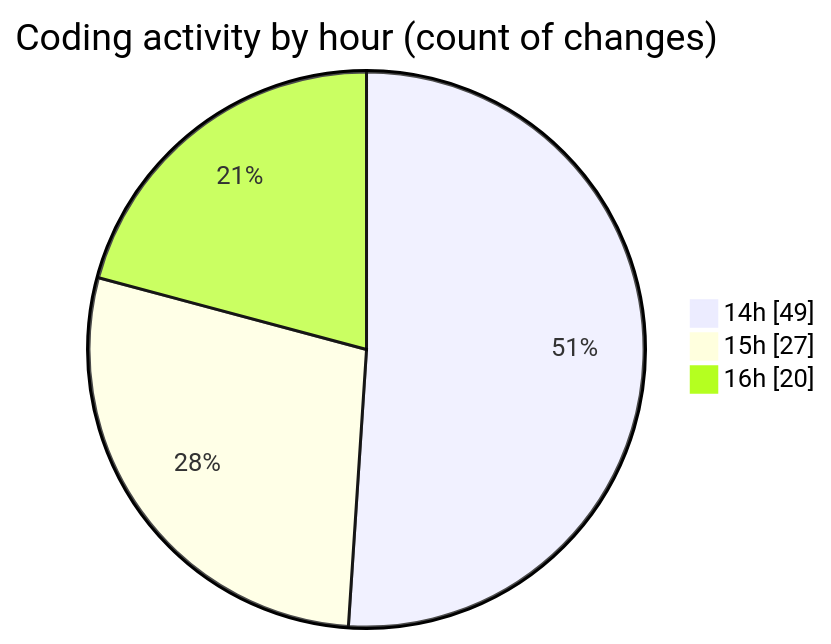
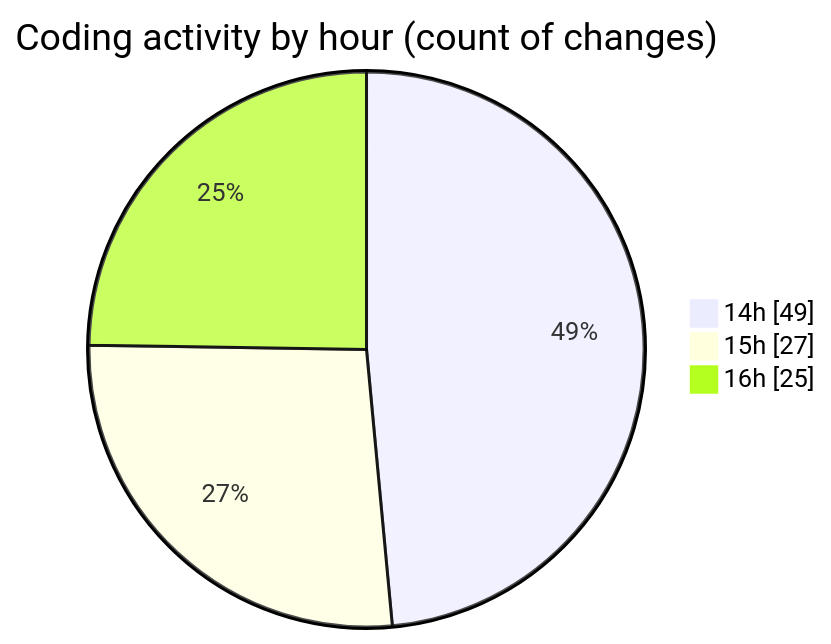
The second of 2 diagrams in 2025-02-27/audiobooks-web/README.md (robertbonfada/code-tracking), drawn with Mermaid before and after one commit. The commit also changed other lines of this file and 1 other file, not shown here.

````diff
--- a/2025-02-27/audiobooks-web/README.md
+++ b/2025-02-27/audiobooks-web/README.md
@@ -57,7 +60,7 @@
 ```mermaid
 pie showData
 title Coding activity by hour (count of changes)
 "14h" : 49
 "15h" : 27
-"16h" : 20
+"16h" : 25
 ```
````
